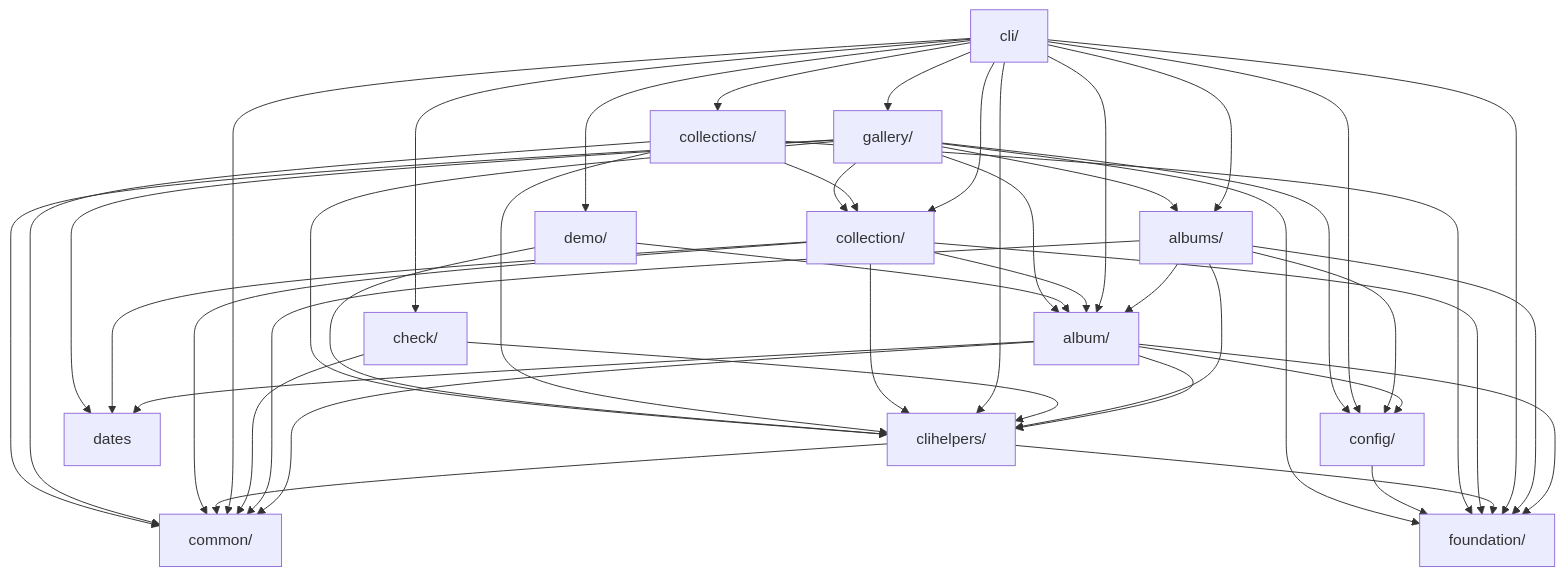
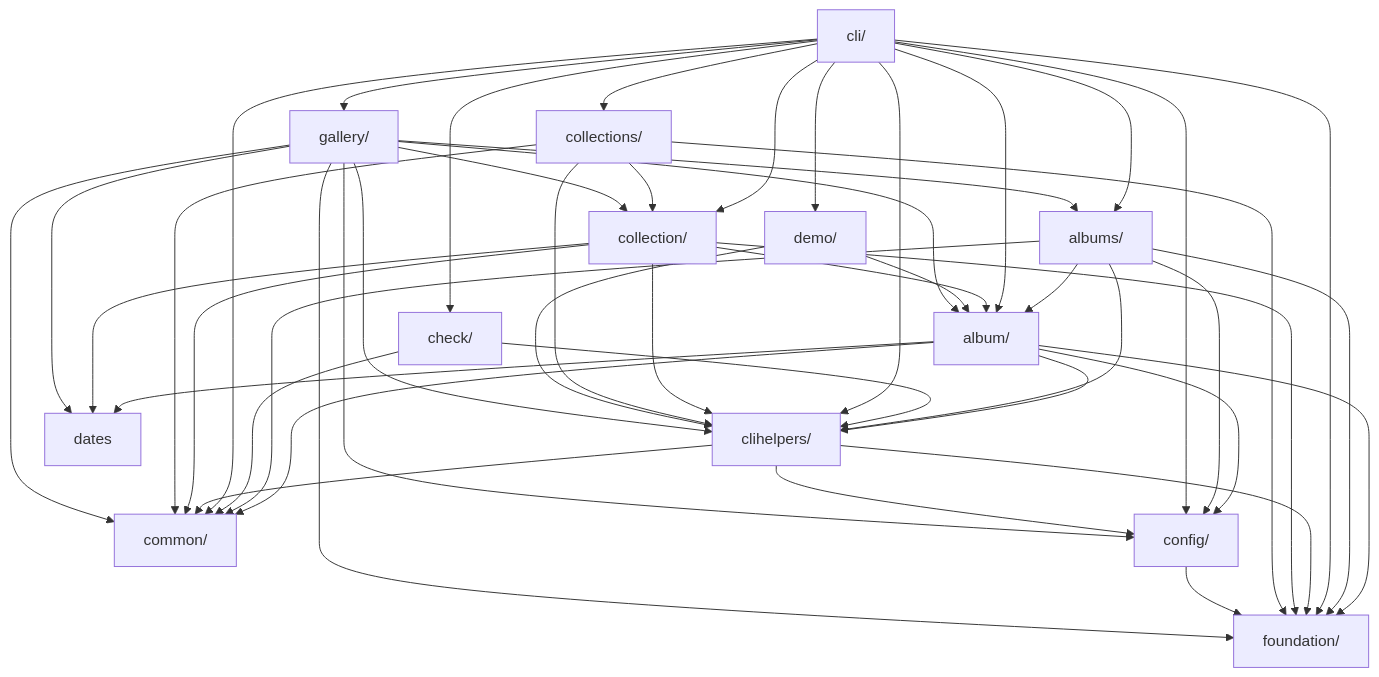
The diagram in docs/architecture.md (iglootools/photree), drawn with Mermaid before and after one commit. The commit also changed other lines of this file and 36 other files, not shown here.

````diff
--- a/docs/architecture.md
+++ b/docs/architecture.md
@@ -50,62 +56,63 @@
 ```mermaid
 graph TD
     album["album/"]
     albums["albums/"]
     check["check/"]
     cli["cli/"]
     clihelpers["clihelpers/"]
     collection["collection/"]
     collections["collections/"]
     common["common/"]
     config["config/"]
     dates["dates"]
     demo["demo/"]
     foundation["foundation/"]
     gallery["gallery/"]
 
     album --> clihelpers
     album --> common
     album --> config
     album --> dates
     album --> foundation
     albums --> album
     albums --> clihelpers
     albums --> common
     albums --> config
     albums --> foundation
     check --> clihelpers
     check --> common
     cli --> album
     cli --> albums
     cli --> check
     cli --> clihelpers
     cli --> collection
     cli --> collections
     cli --> common
     cli --> config
     cli --> demo
     cli --> foundation
     cli --> gallery
     clihelpers --> common
+    clihelpers --> config
     clihelpers --> foundation
     collection --> album
     collection --> clihelpers
     collection --> common
     collection --> dates
     collection --> foundation
     collections --> clihelpers
     collections --> collection
     collections --> common
     collections --> foundation
     config --> foundation
     demo --> album
     demo --> clihelpers
     gallery --> album
     gallery --> albums
     gallery --> clihelpers
     gallery --> collection
     gallery --> common
     gallery --> config
     gallery --> dates
     gallery --> foundation
 ```
````
